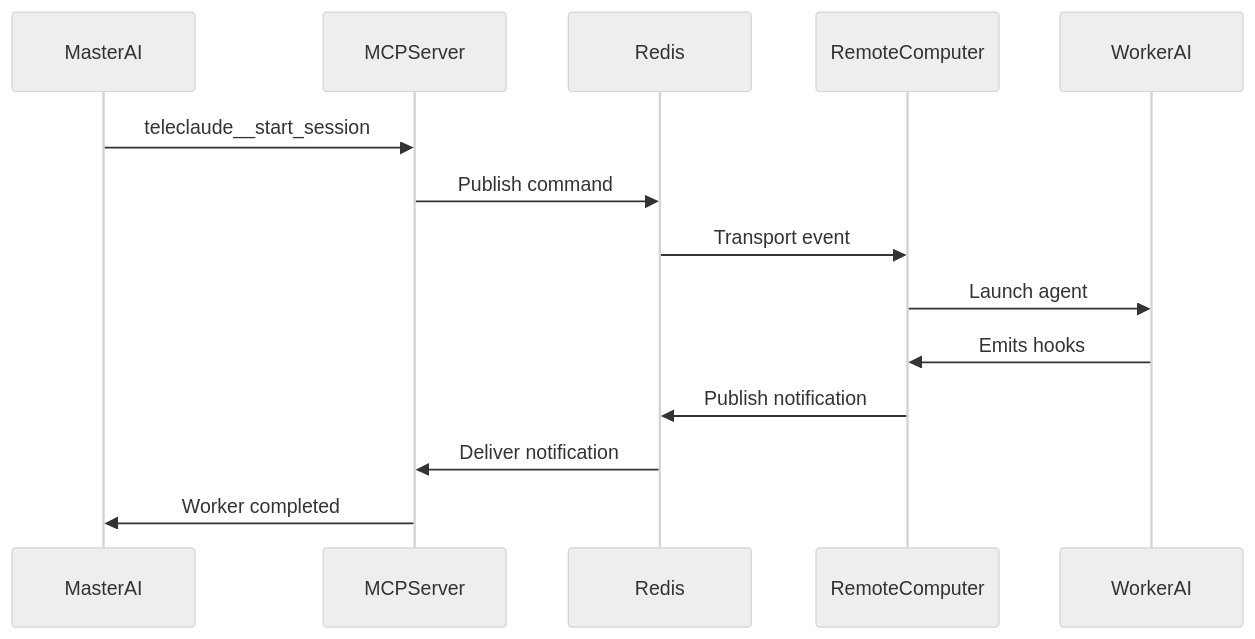
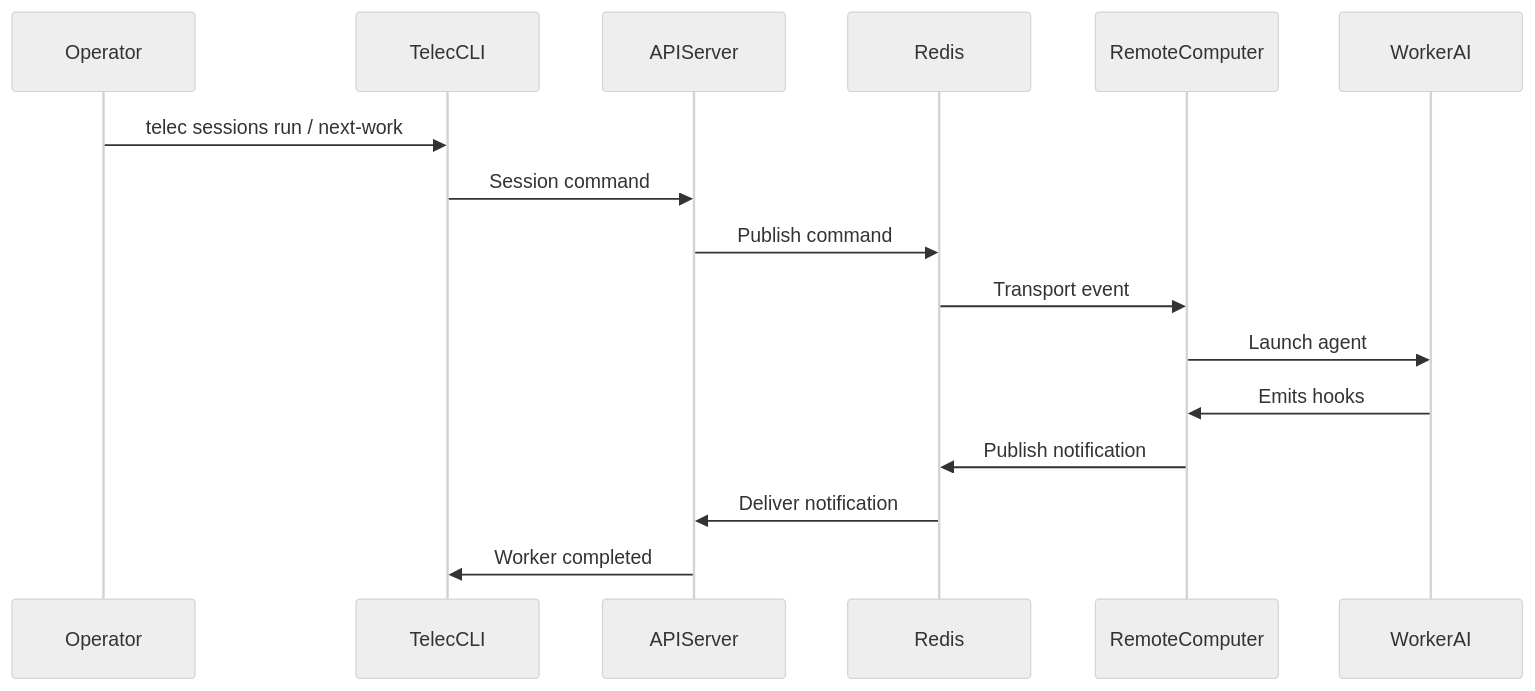
One commit to InstruktAI/TeleClaude changed the fourth of 5 diagrams in docs/project/design/architecture/system-overview.md. Above: the diagram before and after it, drawn with Mermaid (neutral theme). The commit also changed other lines of this file and 75 other files, not shown here.

````diff
--- a/docs/project/design/architecture/system-overview.md
+++ b/docs/project/design/architecture/system-overview.md
@@ -169,17 +166,19 @@
 ```mermaid
 sequenceDiagram
-    participant MasterAI
-    participant MCPServer
+    participant Operator
+    participant TelecCLI
+    participant APIServer
     participant Redis
     participant RemoteComputer
     participant WorkerAI
 
-    MasterAI->>MCPServer: teleclaude__start_session
-    MCPServer->>Redis: Publish command
+    Operator->>TelecCLI: telec sessions run / next-work
+    TelecCLI->>APIServer: Session command
+    APIServer->>Redis: Publish command
     Redis->>RemoteComputer: Transport event
     RemoteComputer->>WorkerAI: Launch agent
     WorkerAI->>RemoteComputer: Emits hooks
     RemoteComputer->>Redis: Publish notification
-    Redis->>MCPServer: Deliver notification
-    MCPServer->>MasterAI: Worker completed
+    Redis->>APIServer: Deliver notification
+    APIServer->>TelecCLI: Worker completed
 ```
````
